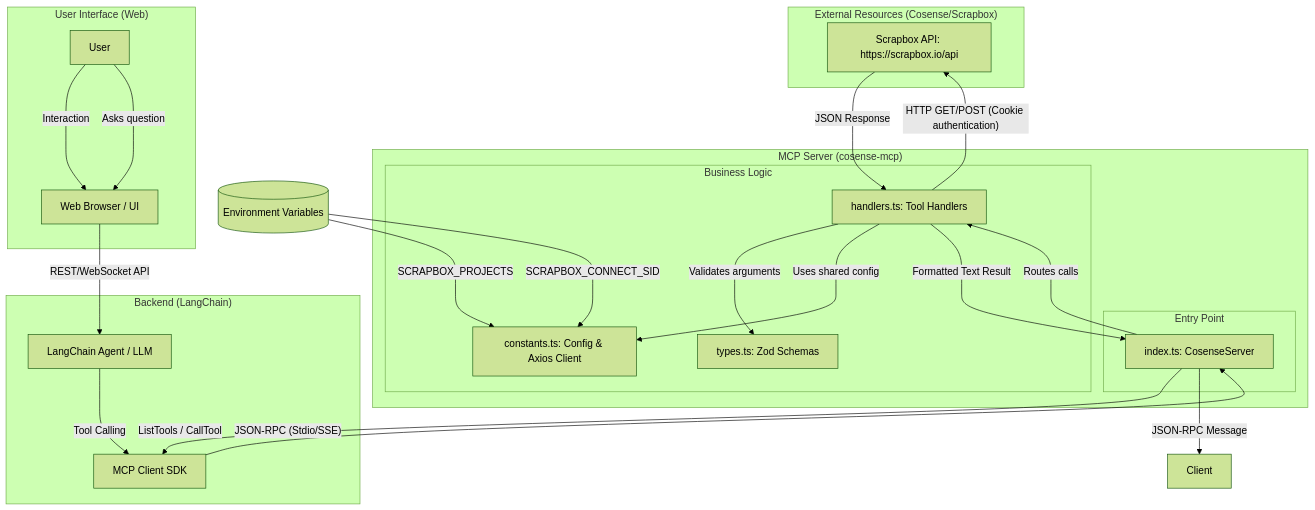
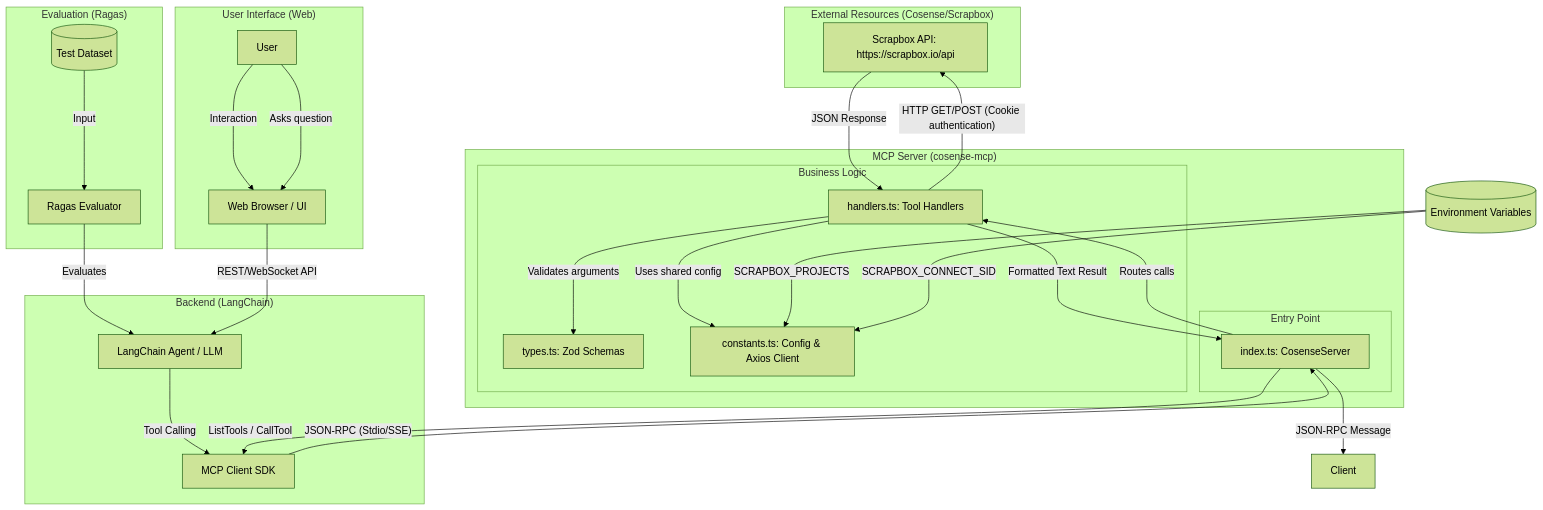
Before and after one commit to wararaki718/cosense-mcp: the diagram in architecture.md, drawn with Mermaid (forest theme). The commit also changed other lines of this file, not shown here.

````diff
--- a/architecture.md
+++ b/architecture.md
@@ -7,50 +7,57 @@
 ```mermaid
 graph TD
     subgraph "External Resources (Cosense/Scrapbox)"
         API[Scrapbox API: https://scrapbox.io/api]
     end
 
     subgraph "MCP Server (cosense-mcp)"
         subgraph "Entry Point"
             Index[index.ts: CosenseServer]
         end
 
         subgraph "Business Logic"
             Handlers[handlers.ts: Tool Handlers]
             Types[types.ts: Zod Schemas]
             Constants[constants.ts: Config & Axios Client]
         end
     end
 
     subgraph "Backend (LangChain)"
         Agent[LangChain Agent / LLM]
         MCPClient[MCP Client SDK]
         Agent -- "Tool Calling" --> MCPClient
     end
 
     subgraph "User Interface (Web)"
         Browser[Web Browser / UI]
         User[User]
         User -- "Interaction" --> Browser
     end
 
+    subgraph "Evaluation (Ragas)"
+        Ragas[Ragas Evaluator]
+        TestDataset[(Test Dataset)]
+        Ragas -- "Evaluates" --> Agent
+        TestDataset -- "Input" --> Ragas
+    end
+
     %% Interactions
     User -- "Asks question" --> Browser
     Browser -- "REST/WebSocket API" --> Agent
     MCPClient -- "JSON-RPC (Stdio/SSE)" --> Index
     Index -- "ListTools / CallTool" --> MCPClient
     
     Index -- "Routes calls" --> Handlers
     Handlers -- "Validates arguments" --> Types
     Handlers -- "Uses shared config" --> Constants
     
     Handlers -- "HTTP GET/POST (Cookie authentication)" --> API
     API -- "JSON Response" --> Handlers
     Handlers -- "Formatted Text Result" --> Index
     Index -- "JSON-RPC Message" --> Client
 
     %% Configuration
     ENV[(Environment Variables)]
     ENV -- "SCRAPBOX_PROJECTS" --> Constants
     ENV -- "SCRAPBOX_CONNECT_SID" --> Constants
 ```
````
